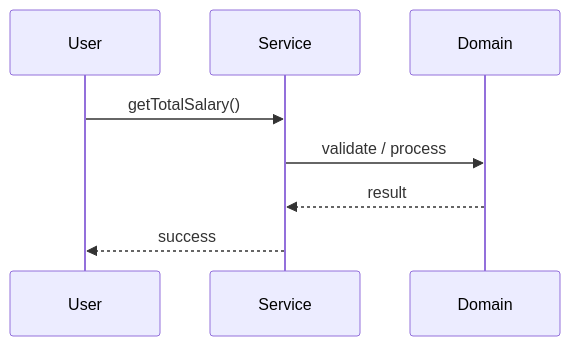
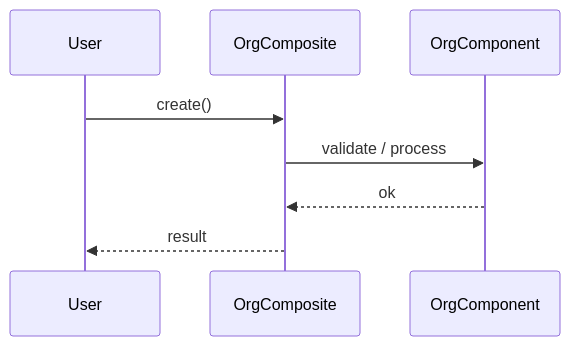
The second of 3 diagrams in Learn/System Design - Low Level Design/03-design-patterns/questions/Q11-composite-org-chart.md (madhupaila/Interview-Prep-SSE), drawn with Mermaid before and after one commit. The commit also changed other lines of this file and 491 other files, not shown here.

````diff
--- a/Learn/System Design - Low Level Design/03-design-patterns/questions/Q11-composite-org-chart.md
+++ b/Learn/System Design - Low Level Design/03-design-patterns/questions/Q11-composite-org-chart.md
@@ -120,10 +146,10 @@
 ```mermaid
 sequenceDiagram
-    participant U as User
-    participant S as Service
-    participant D as Domain
-    U->>S: getTotalSalary()
-    S->>D: validate / process
-    D-->>S: result
-    S-->>U: success
+participant U as User
+participant S as OrgComposite
+participant D as OrgComponent
+U->>S: create()
+S->>D: validate / process
+D-->>S: ok
+S-->>U: result
 ```
````
